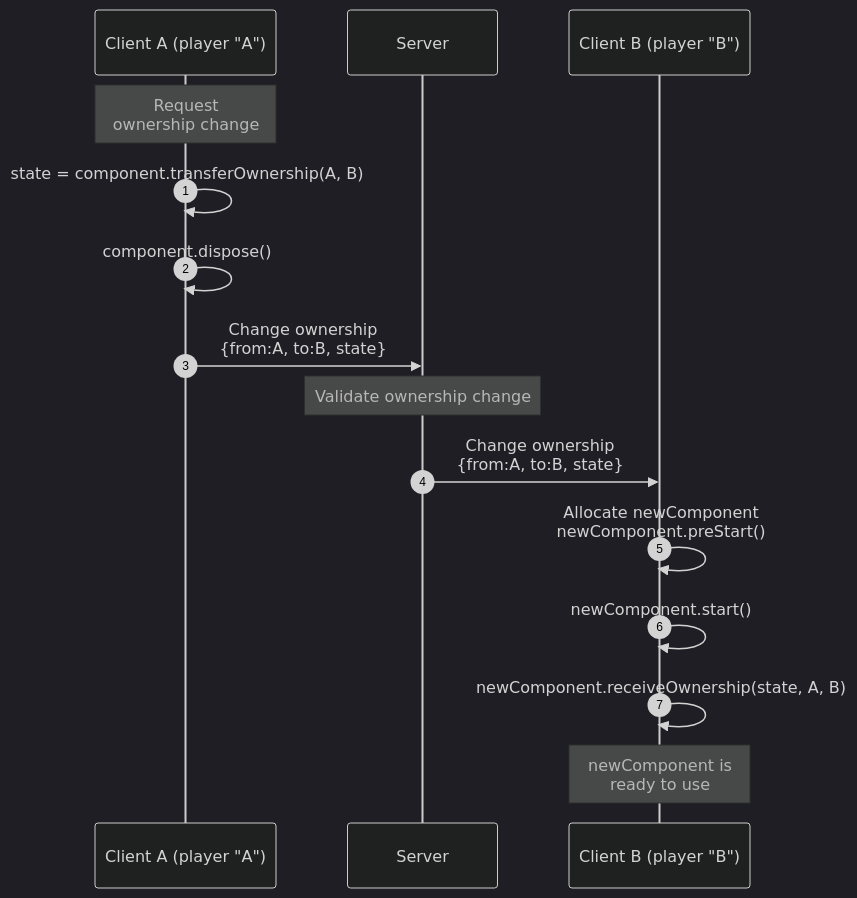
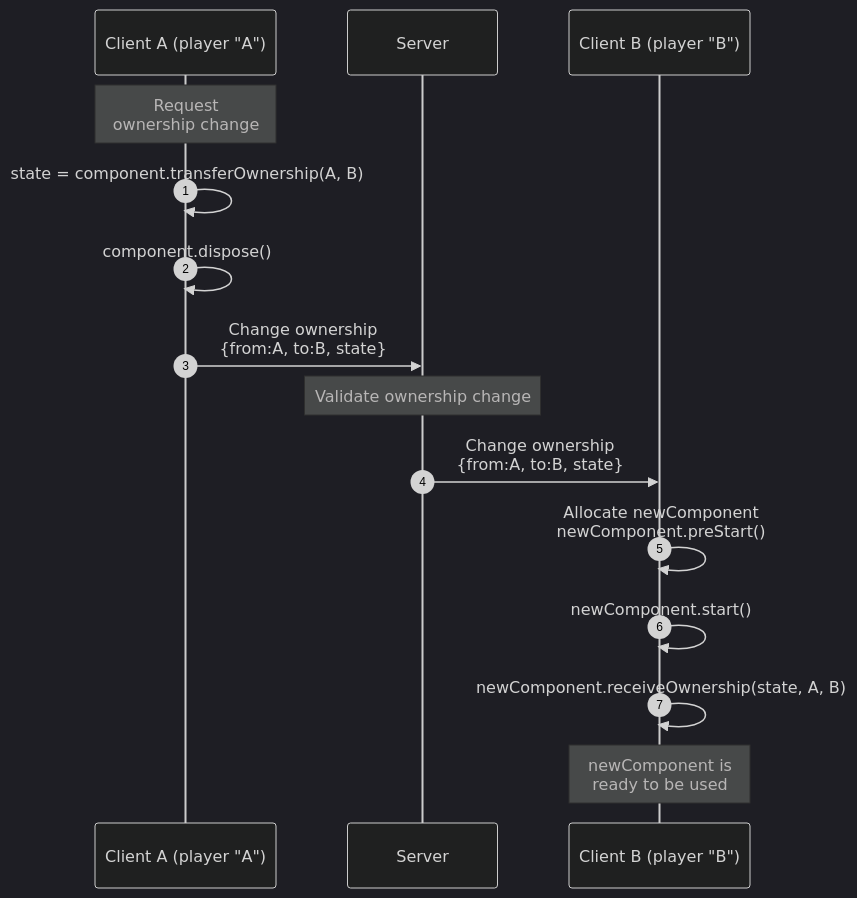
One commit to MHCPCreators/horizonCreatorManual changed the tenth of 16 diagrams in HorizonTechnicalDoc.md. Above: the diagram before and after it, drawn with Mermaid (dark theme).

Commit message:
Minor grammar.

````diff
--- a/HorizonTechnicalDoc.md
+++ b/HorizonTechnicalDoc.md
@@ -3889,18 +3889,18 @@
 ```mermaid {align="center}
 %%{init: { 'sequence': {'showSequenceNumbers': 'true'} }}%%
 sequenceDiagram
     participant ClientA as Client A (player "A")
     participant Server
     participant ClientB as Client B (player "B")
 
     note over ClientA: Request<br/>ownership change
     ClientA ->> ClientA: state = component.transferOwnership(A, B)
     ClientA ->> ClientA: component.dispose()
     ClientA->>Server: Change ownership<br>{from:A, to:B, state}
     note over Server: Validate ownership change
     Server->>ClientB: Change ownership<br>{from:A, to:B, state}
     ClientB ->> ClientB: Allocate newComponent<br>newComponent.preStart()
     ClientB ->> ClientB: newComponent.start()
     ClientB ->> ClientB: newComponent.receiveOwnership(state, A, B)
-    note over ClientB: newComponent is <br>ready to use
+    note over ClientB: newComponent is <br>ready to be used
 ```
````
